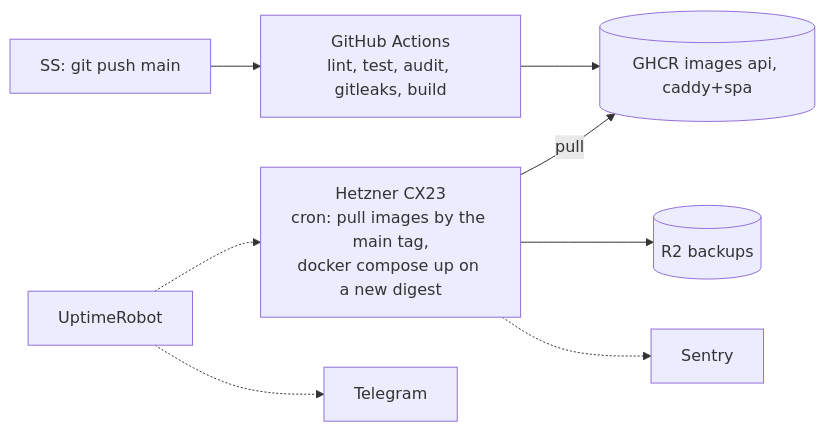
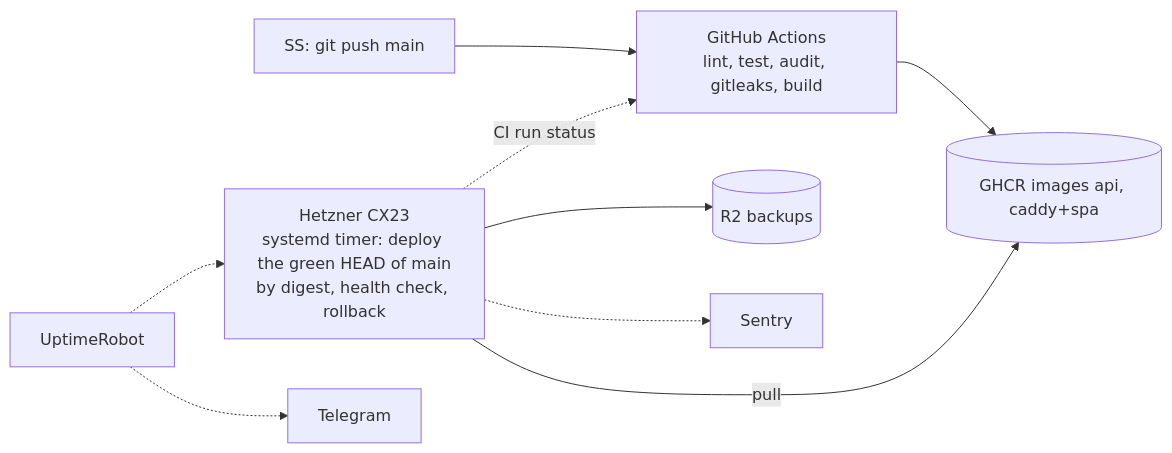
Before and after one commit to sergei-solonitcyn/barbro-docs: the seventh of 7 diagrams in architecture.md, drawn with Mermaid. The commit also changed other lines of this file and 3 other files, not shown here.

First line of the commit message:
docs(adr): add ADR-0007 for pull-based deploy mechanism with health check and rollback

````diff
--- a/architecture.md
+++ b/architecture.md
@@ -220,10 +220,12 @@
 ```mermaid
 flowchart LR
   dev[SS: git push main] --> gha[GitHub Actions<br/>lint, test, audit, gitleaks, build]
   gha --> ghcr[(GHCR images api, caddy+spa)]
-  vps[Hetzner CX23<br/>cron: pull images by the main tag,<br/>docker compose up on a new digest] -->|pull| ghcr
+  vps[Hetzner CX23<br/>systemd timer: deploy the green HEAD of main<br/>by digest, health check, rollback] -->|pull| ghcr
   vps --> r2[(R2 backups)]
   vps -.-> sentry[Sentry]
   ur[UptimeRobot] -.-> vps
   ur -.-> tg[Telegram]
+  vps -.->|CI run status| gha
+  
 ```
````
